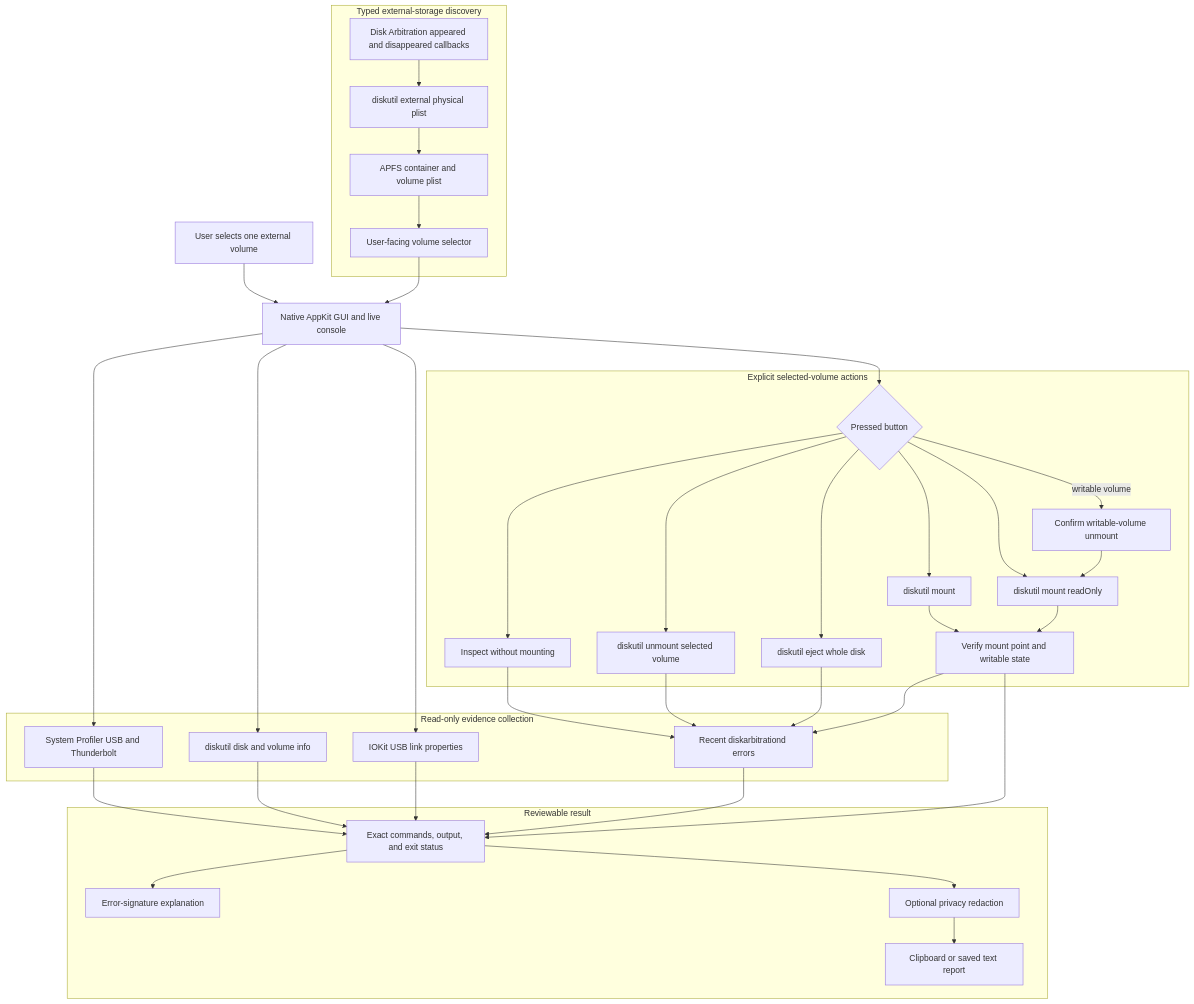
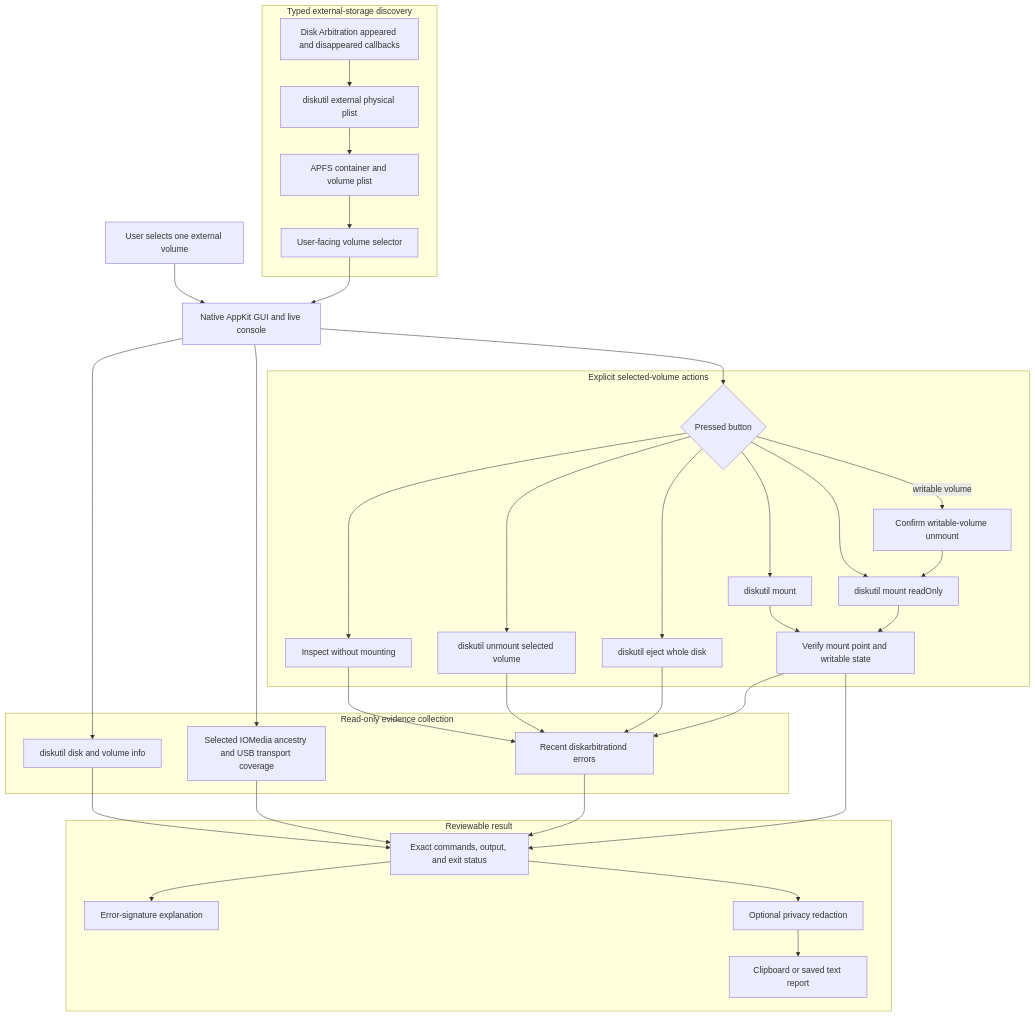
The diagram in README.md (hideouts-io/VolumeMountTroubleshooter), drawn with Mermaid before and after one commit. The commit also changed other lines of this file and 11 other files, not shown here.

First line of the commit message:
Add selected storage transport diagnostics

````diff
--- a/README.md
+++ b/README.md
@@ -148,68 +149,65 @@
 ```mermaid
 flowchart TB
     User["User selects one external volume"]
     UI["Native AppKit GUI and live console"]
 
     subgraph Discovery["Typed external-storage discovery"]
         DA["Disk Arbitration appeared and disappeared callbacks"]
         List["diskutil external physical plist"]
         APFS["APFS container and volume plist"]
         Selector["User-facing volume selector"]
     end
 
     subgraph Evidence["Read-only evidence collection"]
-        SP["System Profiler USB and Thunderbolt"]
         Info["diskutil disk and volume info"]
-        IOKit["IOKit USB link properties"]
+        IOKit["Selected IOMedia ancestry and USB transport coverage"]
         Logs["Recent diskarbitrationd errors"]
     end
 
     subgraph Action["Explicit selected-volume actions"]
         Choice{"Pressed button"}
         Inspect["Inspect without mounting"]
         Normal["diskutil mount"]
         Confirm["Confirm writable-volume unmount"]
         ReadOnly["diskutil mount readOnly"]
         Unmount["diskutil unmount selected volume"]
         Eject["diskutil eject whole disk"]
         Verify["Verify mount point and writable state"]
     end
 
     subgraph Output["Reviewable result"]
         Console["Exact commands, output, and exit status"]
         Guide["Error-signature explanation"]
         Redact["Optional privacy redaction"]
         Report["Clipboard or saved text report"]
     end
 
     DA --> List
     List --> APFS
     APFS --> Selector
     User --> UI
     Selector --> UI
-    UI --> SP
     UI --> Info
     UI --> IOKit
     UI --> Choice
     Choice --> Inspect
     Choice --> Normal
     Choice --> ReadOnly
     Choice -->|"writable volume"| Confirm
     Choice --> Unmount
     Choice --> Eject
     Confirm --> ReadOnly
     Normal --> Verify
     ReadOnly --> Verify
     Inspect --> Logs
     Unmount --> Logs
     Eject --> Logs
     Verify --> Logs
-    SP --> Console
     Info --> Console
     IOKit --> Console
     Logs --> Console
     Verify --> Console
     Console --> Guide
     Console --> Redact
     Redact --> Report
 ```
````
